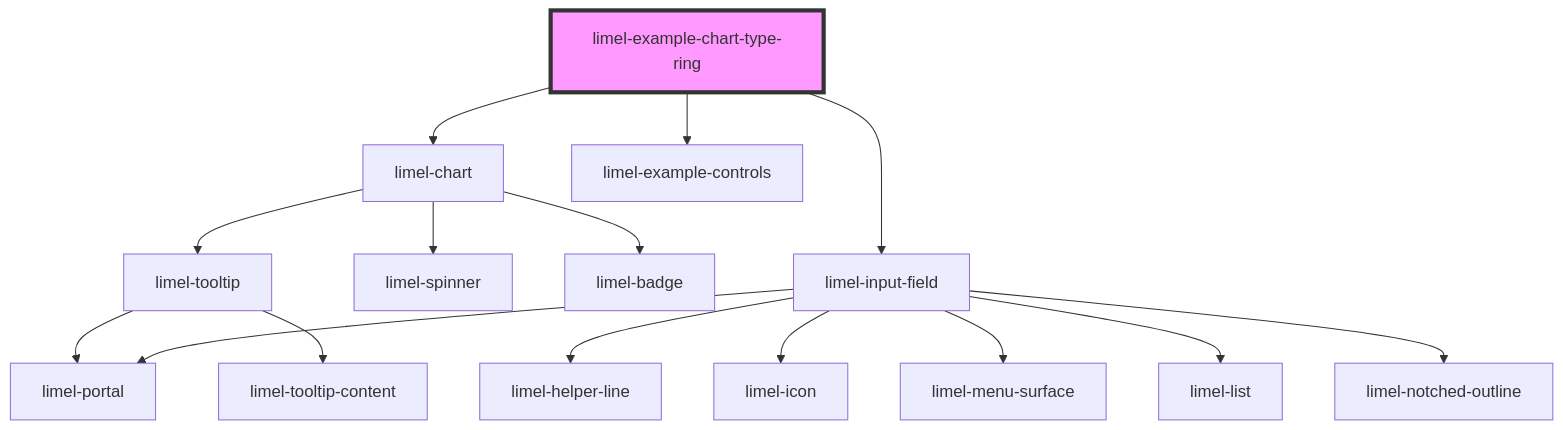
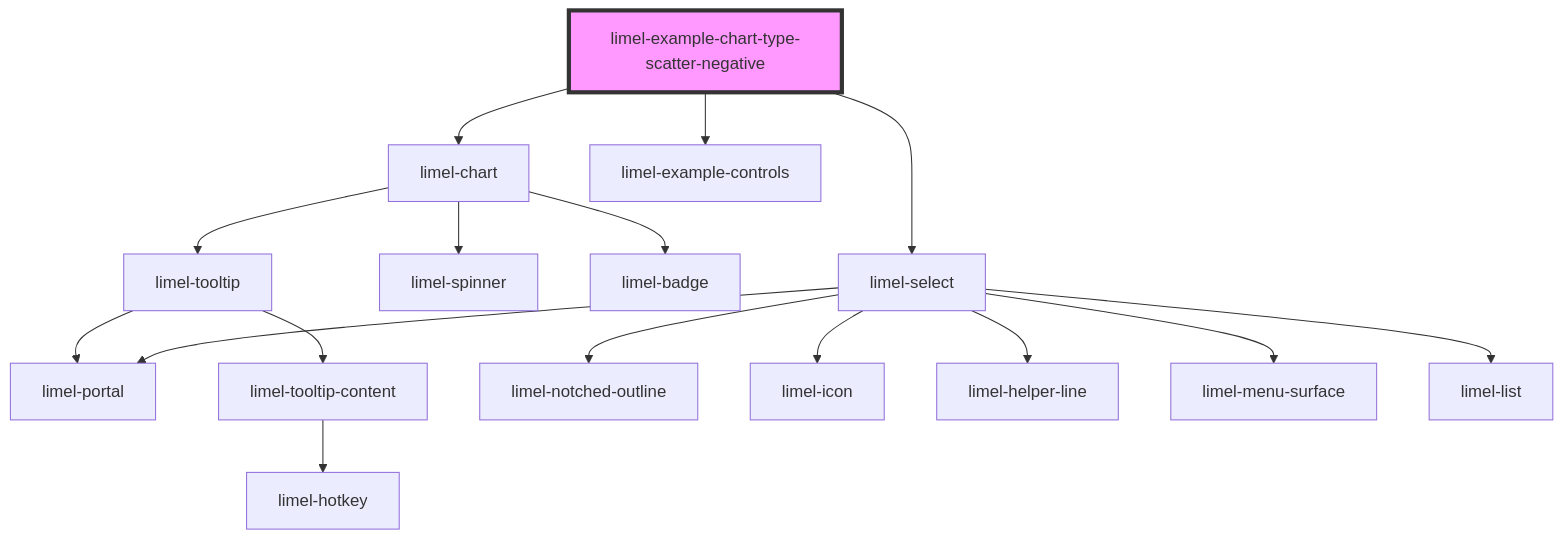
Before and after one commit to Lundalogik/lime-elements: the diagram in versions/PR-3990/markdown-docs/components/chart/examples/readme.md, drawn with Mermaid. The commit also changed other lines of this file and 1095 other files, not shown here.

````diff
--- a/versions/PR-3990/markdown-docs/components/chart/examples/readme.md
+++ b/versions/PR-3990/markdown-docs/components/chart/examples/readme.md
@@ -34,18 +25,19 @@
 ```mermaid
 graph TD;
-  limel-example-chart-type-ring --> limel-chart
-  limel-example-chart-type-ring --> limel-example-controls
-  limel-example-chart-type-ring --> limel-input-field
+  limel-example-chart-type-scatter-negative --> limel-chart
+  limel-example-chart-type-scatter-negative --> limel-example-controls
+  limel-example-chart-type-scatter-negative --> limel-select
   limel-chart --> limel-spinner
   limel-chart --> limel-badge
   limel-chart --> limel-tooltip
   limel-tooltip --> limel-portal
   limel-tooltip --> limel-tooltip-content
-  limel-input-field --> limel-helper-line
-  limel-input-field --> limel-icon
-  limel-input-field --> limel-portal
-  limel-input-field --> limel-menu-surface
-  limel-input-field --> limel-list
-  limel-input-field --> limel-notched-outline
-  style limel-example-chart-type-ring fill:#f9f,stroke:#333,stroke-width:4px
+  limel-tooltip-content --> limel-hotkey
+  limel-select --> limel-notched-outline
+  limel-select --> limel-icon
+  limel-select --> limel-helper-line
+  limel-select --> limel-portal
+  limel-select --> limel-menu-surface
+  limel-select --> limel-list
+  style limel-example-chart-type-scatter-negative fill:#f9f,stroke:#333,stroke-width:4px
 ```
````
